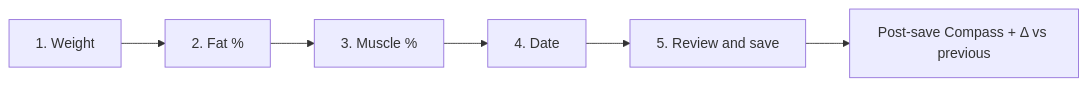
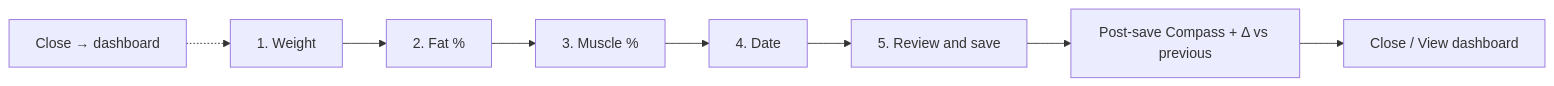
Before and after one commit to didac-crst/body-history: the third of 5 diagrams in docs/architecture.md, drawn with Mermaid. The commit also changed other lines of this file and 41 other files, not shown here.

````diff
--- a/docs/architecture.md
+++ b/docs/architecture.md
@@ -62,8 +61,10 @@
 ```mermaid
 flowchart LR
+  close["Close → dashboard"] -.-> w
   w["1. Weight"] --> f["2. Fat %"]
   f --> m["3. Muscle %"]
   m --> d["4. Date"]
   d --> r["5. Review and save"]
   r --> c["Post-save Compass + Δ vs previous"]
+  c --> dash["Close / View dashboard"]
 ```
````
